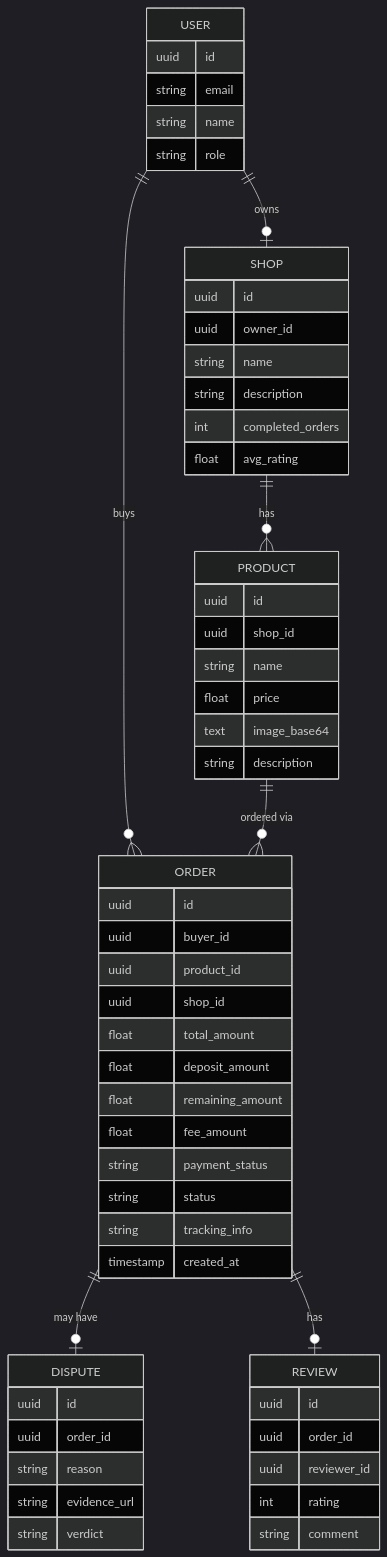
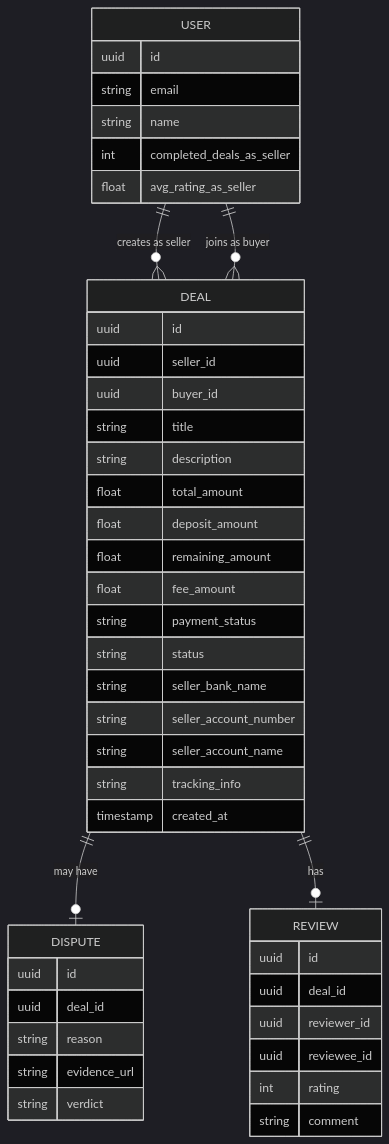
The third of 4 diagrams in initial-requirement.md (chumphon28/gig-guard), drawn with Mermaid (dark theme) before and after one commit. The commit also changed other lines of this file, not shown here.

````diff
--- a/initial-requirement.md
+++ b/initial-requirement.md
@@ -160,60 +356,48 @@
 ```mermaid
 erDiagram
     USER {
         uuid id
         string email
         string name
-        string role
+        int completed_deals_as_seller
+        float avg_rating_as_seller
     }
-    SHOP {
+    DEAL {
         uuid id
-        uuid owner_id
-        string name
+        uuid seller_id
+        uuid buyer_id
+        string title
         string description
-        int completed_orders
-        float avg_rating
-    }
-    PRODUCT {
-        uuid id
-        uuid shop_id
-        string name
-        float price
-        text image_base64
-        string description
-    }
-    ORDER {
-        uuid id
-        uuid buyer_id
-        uuid product_id
-        uuid shop_id
         float total_amount
         float deposit_amount
         float remaining_amount
         float fee_amount
         string payment_status
         string status
+        string seller_bank_name
+        string seller_account_number
+        string seller_account_name
         string tracking_info
         timestamp created_at
     }
     DISPUTE {
         uuid id
-        uuid order_id
+        uuid deal_id
         string reason
         string evidence_url
         string verdict
     }
     REVIEW {
         uuid id
-        uuid order_id
+        uuid deal_id
         uuid reviewer_id
+        uuid reviewee_id
         int rating
         string comment
     }
 
-    USER ||--o{ ORDER : "buys"
-    USER ||--o| SHOP : "owns"
-    SHOP ||--o{ PRODUCT : "has"
-    PRODUCT ||--o{ ORDER : "ordered via"
-    ORDER ||--o| DISPUTE : "may have"
-    ORDER ||--o| REVIEW : "has"
+    USER ||--o{ DEAL : "creates as seller"
+    USER ||--o{ DEAL : "joins as buyer"
+    DEAL ||--o| DISPUTE : "may have"
+    DEAL ||--o| REVIEW : "has"
 ```
````
